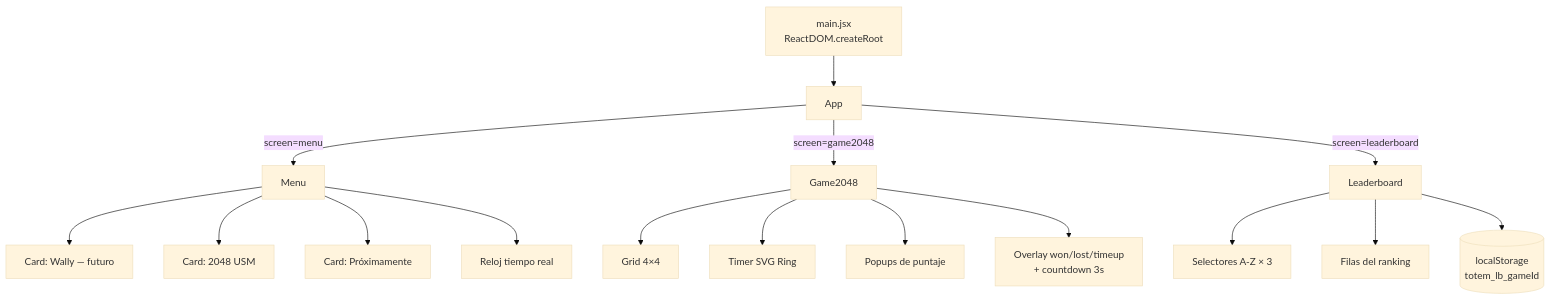
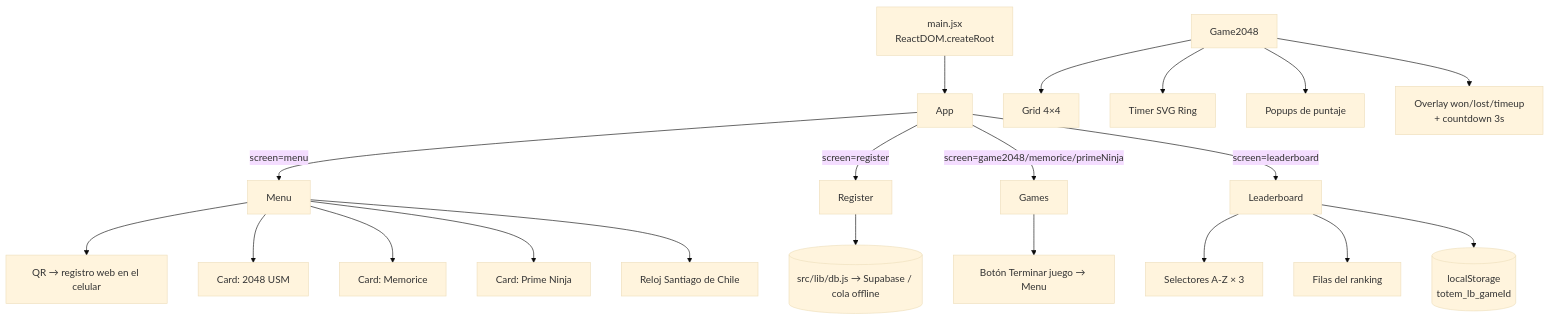
One commit to craulii/totem-usm-admision changed the second of 4 diagrams in ARCHITECTURE.md. Above: the diagram before and after it, drawn with Mermaid (base theme). The commit also changed other lines of this file and 18 other files, not shown here.

First line of the commit message:
docs: realinear documentación a roadmap v2 (Supabase + Capacitor + juegos)

````diff
--- a/ARCHITECTURE.md
+++ b/ARCHITECTURE.md
@@ -38,22 +40,27 @@
 ```mermaid
 graph TD
     Root[main.jsx\nReactDOM.createRoot] --> App
 
     App -->|screen=menu| Menu
-    App -->|screen=game2048| Game2048
+    App -->|screen=register| Register
+    App -->|screen=game2048/memorice/primeNinja| Games
     App -->|screen=leaderboard| Leaderboard
 
-    Menu --> GameCard1[Card: Wally — futuro]
+    Menu --> QR[QR → registro web en el celular]
     Menu --> GameCard2[Card: 2048 USM]
-    Menu --> GameCard3[Card: Próximamente]
-    Menu --> Clock[Reloj tiempo real]
+    Menu --> GameCardM[Card: Memorice]
+    Menu --> GameCardP[Card: Prime Ninja]
+    Menu --> Clock[Reloj Santiago de Chile]
+
+    Register --> DB[(src/lib/db.js → Supabase / cola offline)]
+    Games --> EndBtn[Botón Terminar juego → Menu]
 
     Game2048 --> Board[Grid 4×4]
     Game2048 --> TimerRing[Timer SVG Ring]
     Game2048 --> ScorePop[Popups de puntaje]
     Game2048 --> Overlay[Overlay won/lost/timeup\n+ countdown 3s]
 
     Leaderboard --> LetterSlot[Selectores A-Z × 3]
     Leaderboard --> ScoreRow[Filas del ranking]
     Leaderboard --> LocalStorage[(localStorage\ntotem_lb_gameId)]
 ```
````
